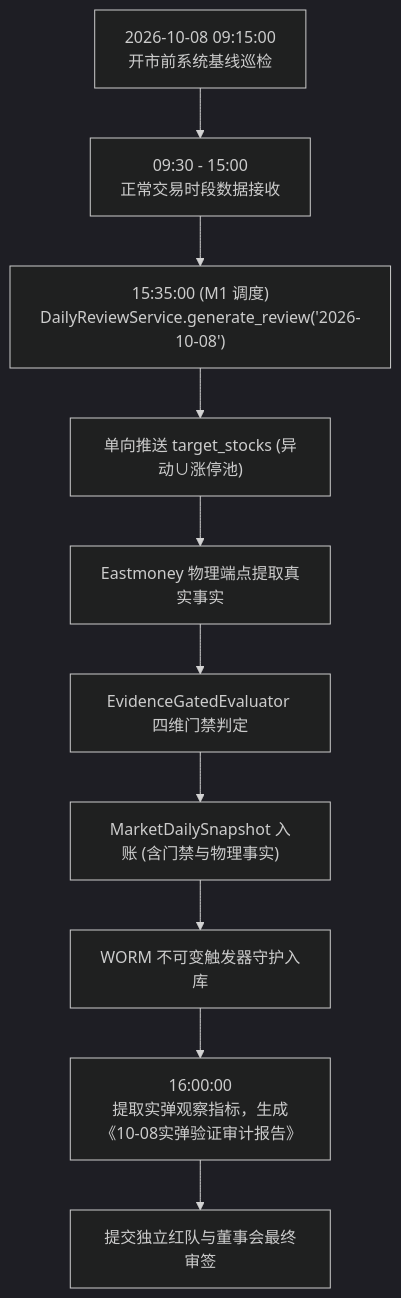
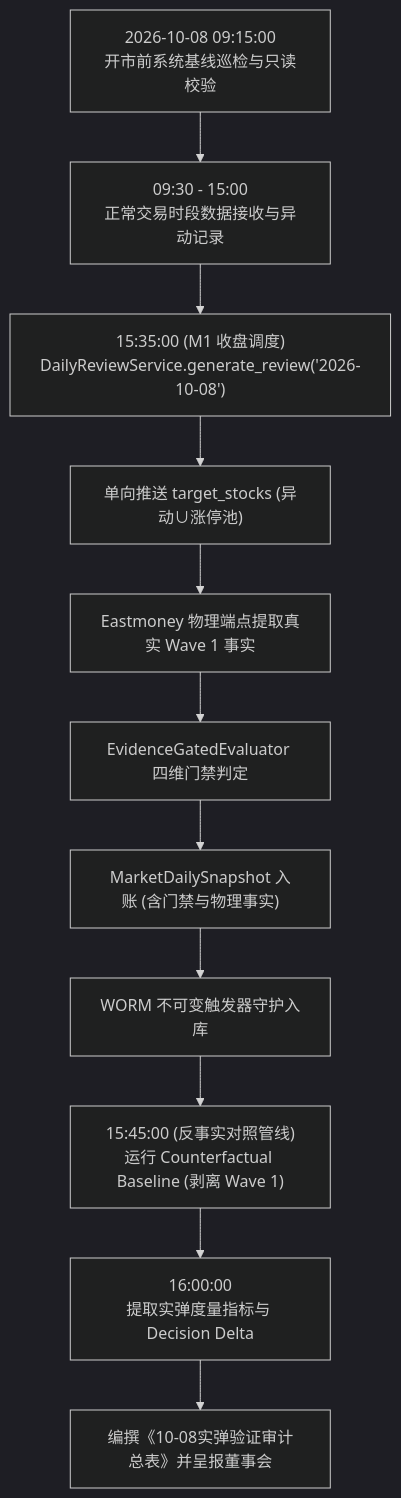
Before and after one commit to siyuwha/zhijian: the second of 2 diagrams in 开发文档/66-Phase-2C.6-10-08首个真实交易日实弹验证方案与观察协议.md, drawn with Mermaid (dark theme). The commit also changed other lines of this file, not shown here.

Commit message:
docs(phase-2c.6): lock 66 verification protocol with Board final ruling and E-layer counterfactual audit

````diff
--- a/开发文档/66-Phase-2C.6-10-08首个真实交易日实弹验证方案与观察协议.md
+++ b/开发文档/66-Phase-2C.6-10-08首个真实交易日实弹验证方案与观察协议.md
@@ -71,12 +177,13 @@
 ```mermaid
 flowchart TD
-    T0["2026-10-08 09:15:00<br/>开市前系统基线巡检"] --> T1["09:30 - 15:00<br/>正常交易时段数据接收"]
-    T1 --> T2["15:35:00 (M1 调度)<br/>DailyReviewService.generate_review('2026-10-08')"]
+    T0["2026-10-08 09:15:00<br/>开市前系统基线巡检与只读校验"] --> T1["09:30 - 15:00<br/>正常交易时段数据接收与异动记录"]
+    T1 --> T2["15:35:00 (M1 收盘调度)<br/>DailyReviewService.generate_review('2026-10-08')"]
     T2 --> S1["单向推送 target_stocks (异动∪涨停池)"]
-    S1 --> S2["Eastmoney 物理端点提取真实事实"]
+    S1 --> S2["Eastmoney 物理端点提取真实 Wave 1 事实"]
     S2 --> S3["EvidenceGatedEvaluator 四维门禁判定"]
     S3 --> S4["MarketDailySnapshot 入账 (含门禁与物理事实)"]
     S4 --> S5["WORM 不可变触发器守护入库"]
-    S5 --> S6["16:00:00<br/>提取实弹观察指标，生成《10-08实弹验证审计报告》"]
-    S6 --> S7["提交独立红队与董事会最终审签"]
+    S5 --> S6["15:45:00 (反事实对照管线)<br/>运行 Counterfactual Baseline (剥离 Wave 1)"]
+    S6 --> S7["16:00:00<br/>提取实弹度量指标与 Decision Delta"]
+    S7 --> S8["编撰《10-08实弹验证审计总表》并呈报董事会"]
 ```
````
